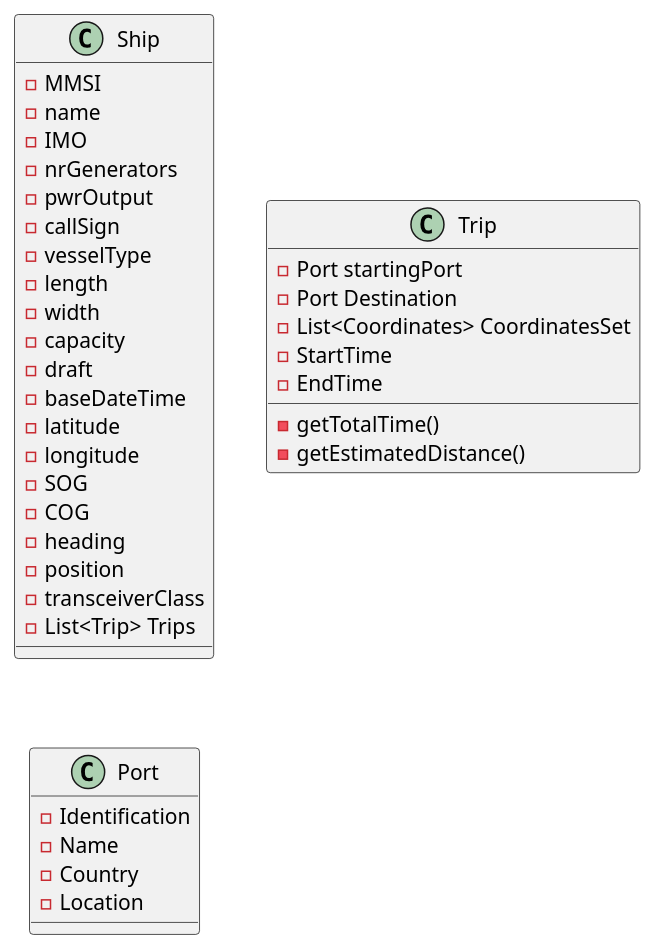
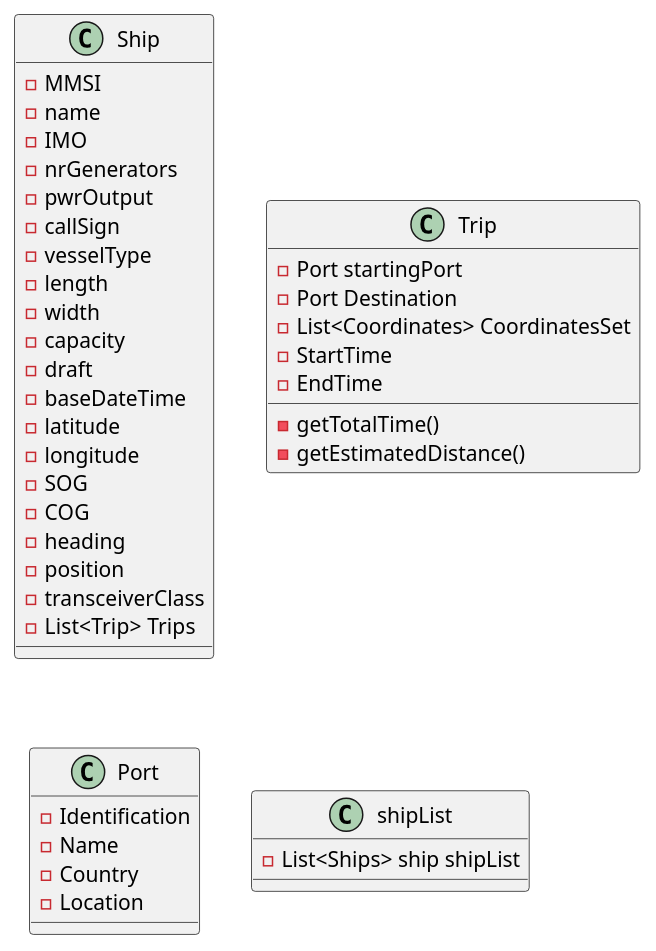
One commit to mpoboas/lapr3-2021-g102 changed the diagram in docs/Sprint1/US105/CD.puml. Above: the diagram before and after it, drawn with PlantUML. The commit also changed 3 other files, not shown here.

```diff
--- a/docs/Sprint1/US105/CD.puml
+++ b/docs/Sprint1/US105/CD.puml
@@ -1,42 +1,47 @@
 @startuml
 class Ship {
 -MMSI
 -name
 -IMO
 -nrGenerators
 -pwrOutput
 -callSign
 -vesselType
 -length
 -width
 -capacity
 -draft
 -baseDateTime
 -latitude
 -longitude
 -SOG
 -COG
 -heading
 -position
 -transceiverClass
 -List<Trip> Trips
 }
 
 class Trip{
 -Port startingPort
 -Port Destination
 -List<Coordinates> CoordinatesSet
 -StartTime
 -EndTime
 -getTotalTime()
 -getEstimatedDistance()
 }
 
 class Port{
 -Identification
 -Name
 -Country
 -Location
 }
 
+class shipList{
+-List<Ships> ship shipList
+}
+
+
 @enduml
```
